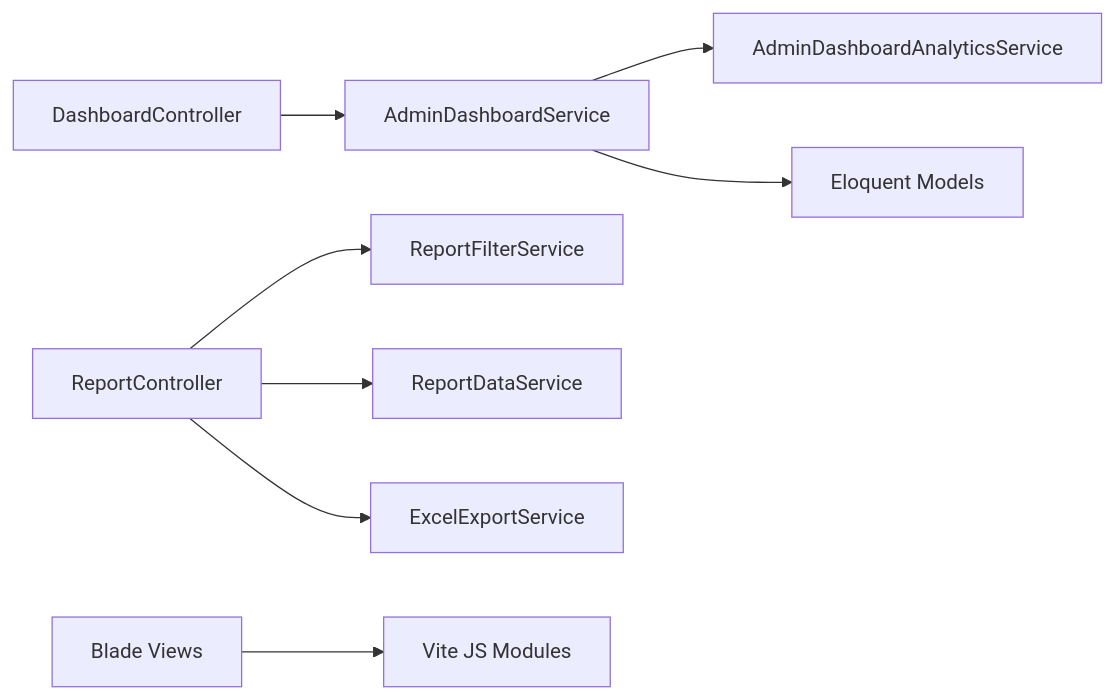
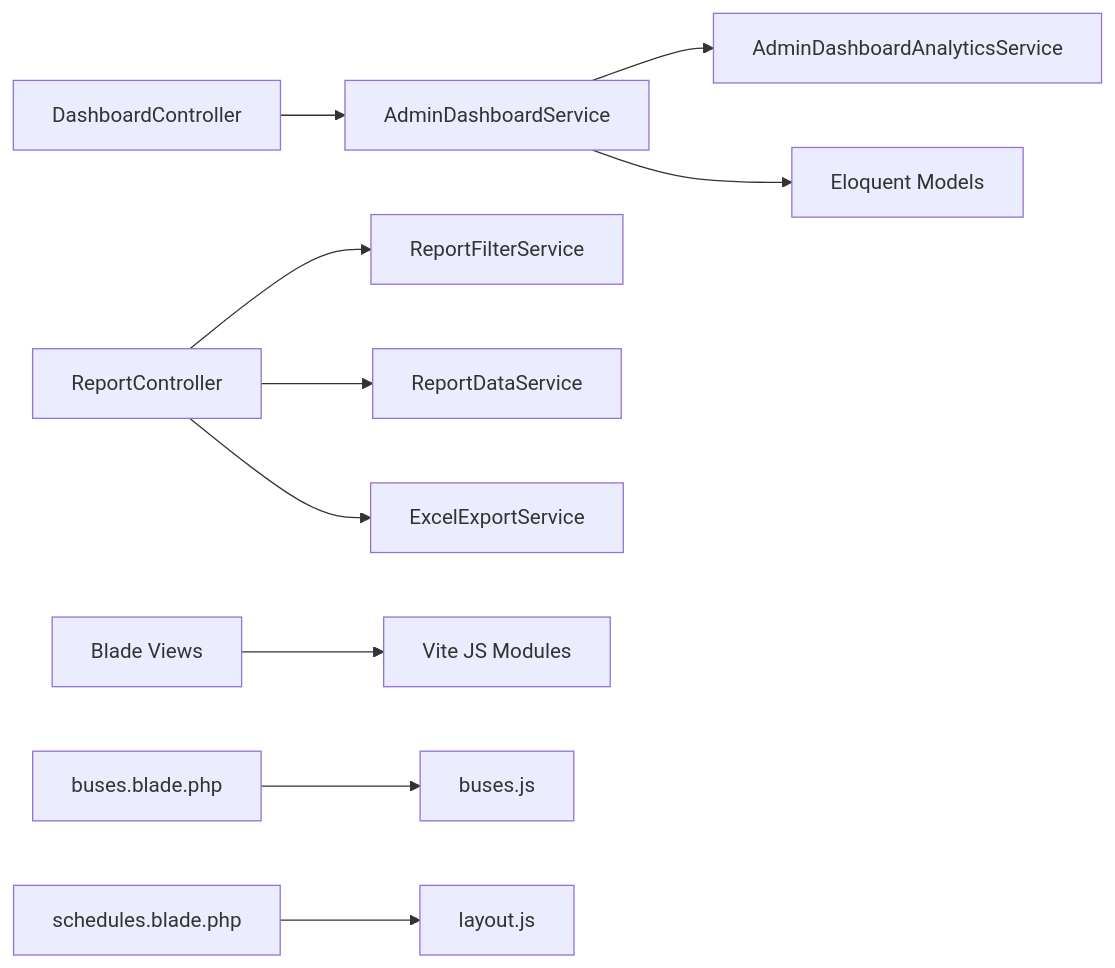
One commit to mahbub095/bus-app changed diagram 11 of 11 in .qoder/repowiki/en/content/Administrative Dashboard/Administrative Dashboard.md. Above: the diagram before and after it, drawn with Mermaid. The commit also changed other lines of this file and 93 other files, not shown here.

````diff
--- a/.qoder/repowiki/en/content/Administrative Dashboard/Administrative Dashboard.md
+++ b/.qoder/repowiki/en/content/Administrative Dashboard/Administrative Dashboard.md
@@ -334,10 +378,12 @@
 ```mermaid
 graph LR
 DashboardController --> AdminDashboardService
 AdminDashboardService --> AdminDashboardAnalyticsService
 AdminDashboardService --> Models["Eloquent Models"]
 ReportController --> ReportFilterService
 ReportController --> ReportDataService
 ReportController --> ExcelExportService
 Views["Blade Views"] --> JSModules["Vite JS Modules"]
+BusesView["buses.blade.php"] --> BusesJS["buses.js"]
+SchedulesView["schedules.blade.php"] --> LayoutJS["layout.js"]
 ```
````
